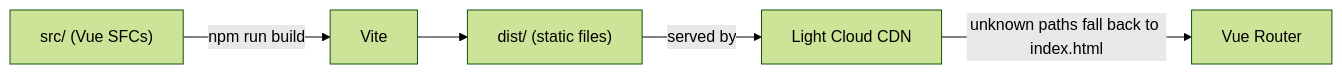
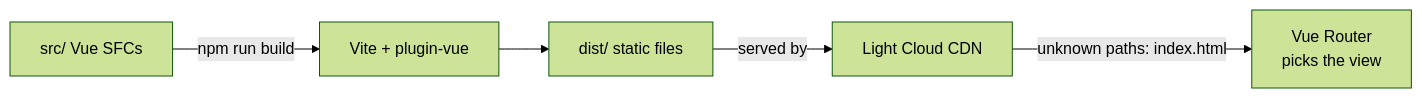
Before and after one commit to light-cloud-com/templates: the diagram in starters/starter-vue/README.md, drawn with Mermaid (forest theme). The commit also changed other lines of this file and 2 other files, not shown here.

First line of the commit message:
README: Vue 3 Vite starter landing page

````diff
--- a/starters/starter-vue/README.md
+++ b/starters/starter-vue/README.md
@@ -27,7 +107,7 @@
 ```mermaid
 flowchart LR
-    src["src/ (Vue SFCs)"] -->|npm run build| vite["Vite"]
-    vite --> dist["dist/ (static files)"]
-    dist -->|served by| lc["Light Cloud CDN"]
-    lc -->|unknown paths fall back to index.html| router["Vue Router"]
+    src["src/ Vue SFCs"] -->|npm run build| vite["Vite + plugin-vue"]
+    vite --> dist["dist/ static files"]
+    dist -->|served by| cdn["Light Cloud CDN"]
+    cdn -->|"unknown paths: index.html"| router["Vue Router<br/>picks the view"]
 ```
````
